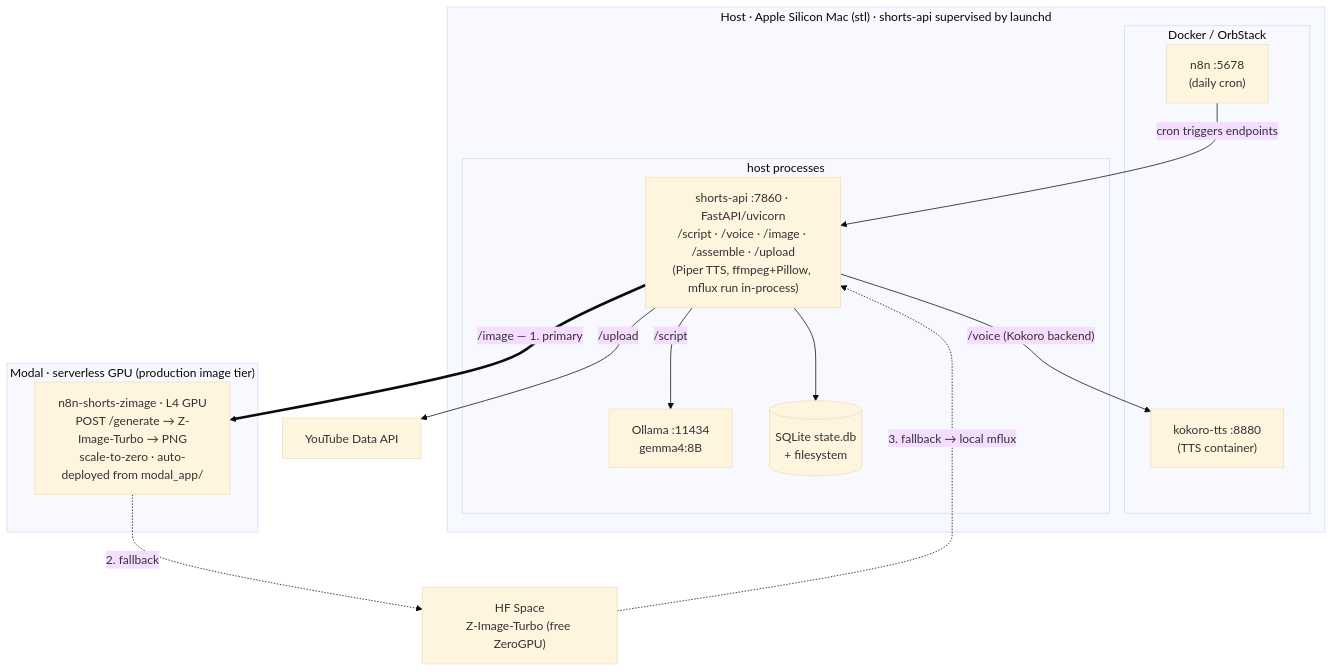
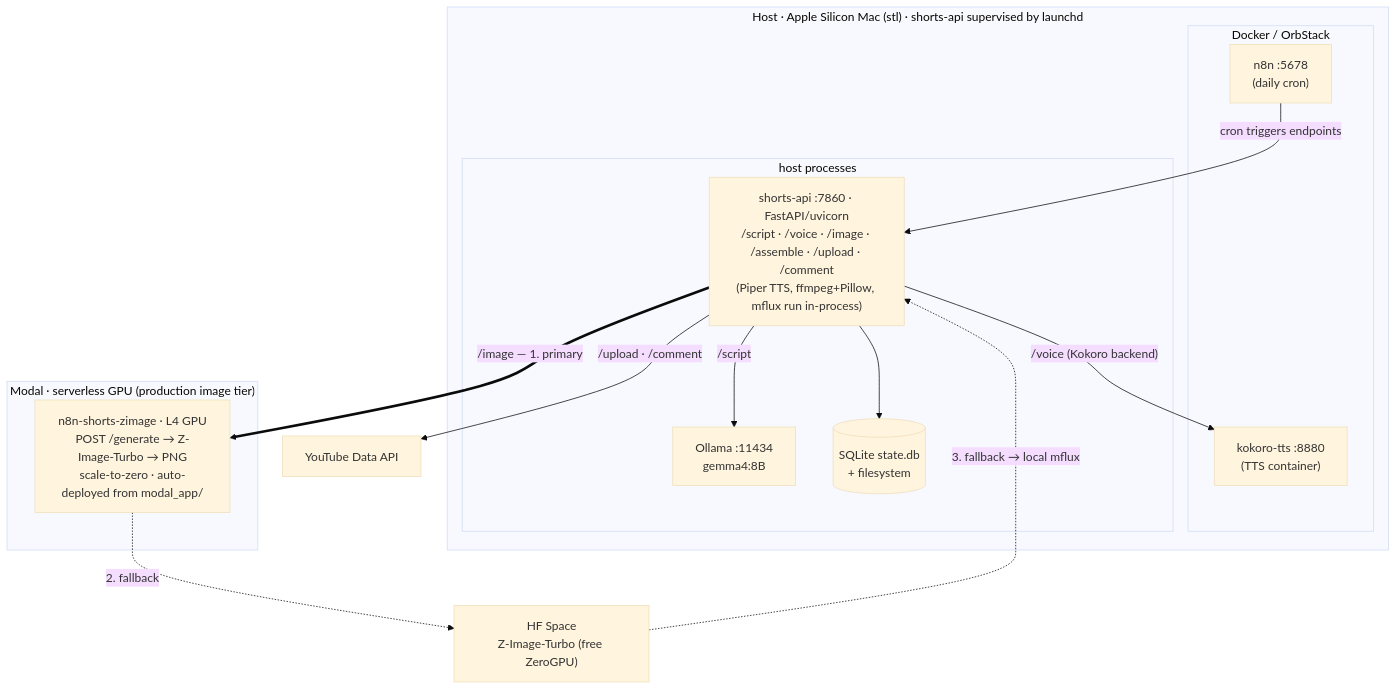
The diagram in README.md (rushabhpasad/n8n-shorts), drawn with Mermaid (base theme) before and after one commit. The commit also changed other lines of this file and 1 other file, not shown here.

First line of the commit message:
docs: sync AGENTS + README with conversion features (CTA, seed comment, dedupe) (#31)

````diff
--- a/README.md
+++ b/README.md
@@ -36,31 +36,31 @@
 ```mermaid
 flowchart TB
   subgraph host["Host · Apple Silicon Mac (stl) · shorts-api supervised by launchd"]
     subgraph docker["Docker / OrbStack"]
       n8n["n8n :5678<br/>(daily cron)"]
       kokoro["kokoro-tts :8880<br/>(TTS container)"]
     end
     subgraph procs["host processes"]
       ollama["Ollama :11434<br/>gemma4:8B"]
-      api["shorts-api :7860 · FastAPI/uvicorn<br/>/script · /voice · /image · /assemble · /upload<br/>(Piper TTS, ffmpeg+Pillow, mflux run in-process)"]
+      api["shorts-api :7860 · FastAPI/uvicorn<br/>/script · /voice · /image · /assemble · /upload · /comment<br/>(Piper TTS, ffmpeg+Pillow, mflux run in-process)"]
       store[("SQLite state.db<br/>+ filesystem")]
     end
   end
 
   subgraph modalcloud["Modal · serverless GPU (production image tier)"]
     zimage["n8n-shorts-zimage · L4 GPU<br/>POST /generate → Z-Image-Turbo → PNG<br/>scale-to-zero · auto-deployed from modal_app/"]
   end
 
   space["HF Space<br/>Z-Image-Turbo (free ZeroGPU)"]
   yt["YouTube Data API"]
 
   n8n -->|"cron triggers endpoints"| api
   api -->|"/script"| ollama
   api -->|"/voice (Kokoro backend)"| kokoro
-  api -->|"/upload"| yt
+  api -->|"/upload · /comment"| yt
   api --> store
 
   api ==>|"/image — 1. primary"| zimage
   zimage -.->|"2. fallback"| space
   space -.->|"3. fallback → local mflux"| api
 ```
````
